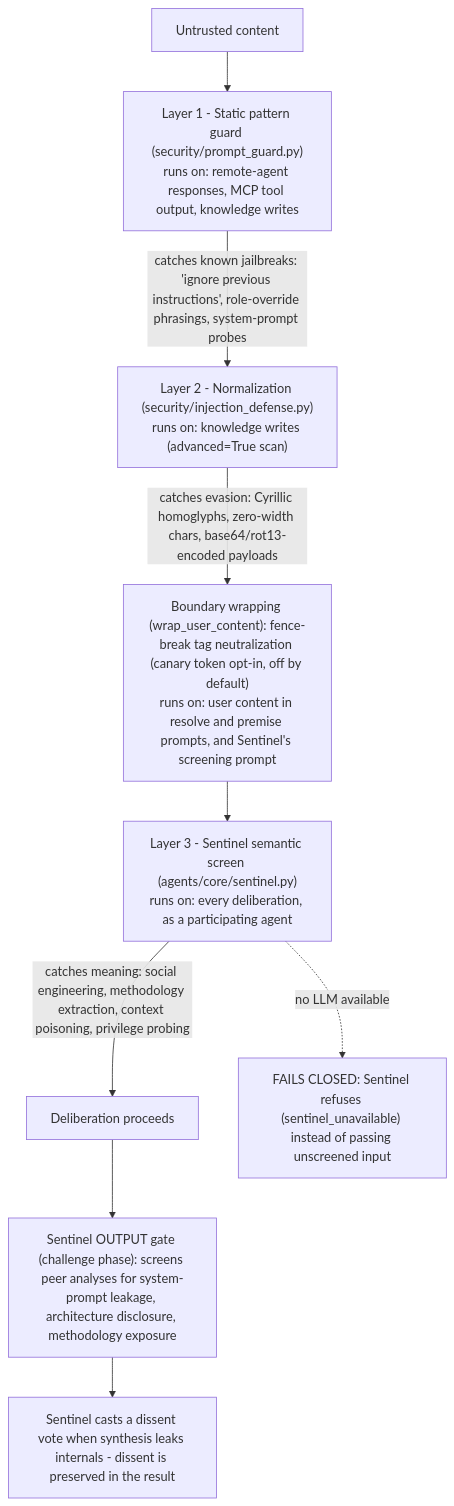
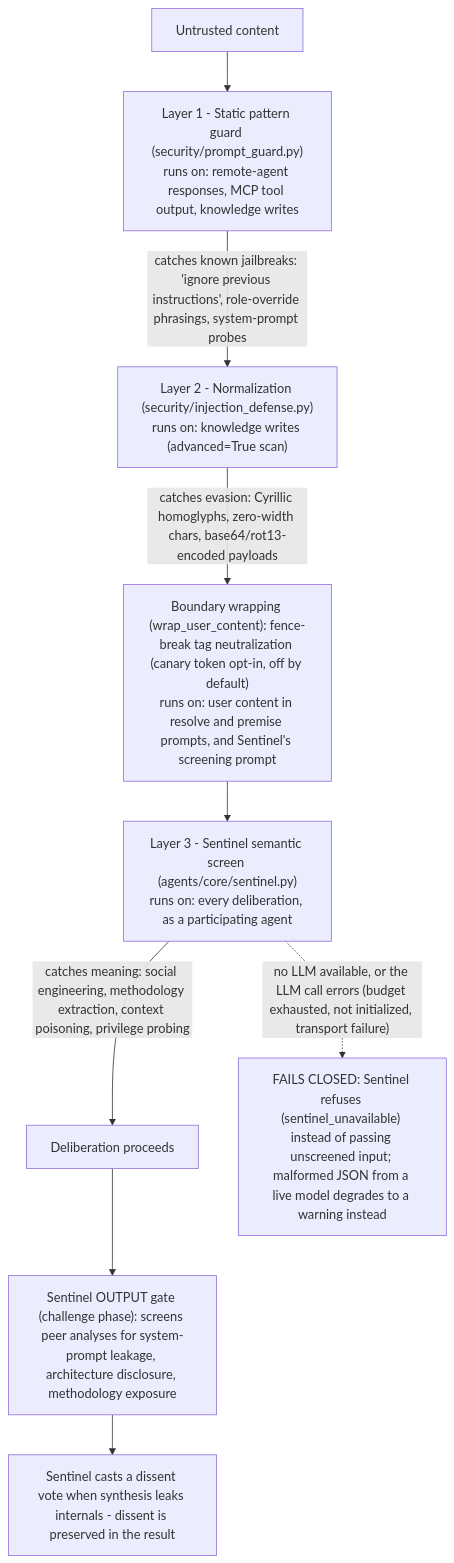
The second of 3 diagrams in docs/SECURITY_MODEL.md (KangaKode/aiscaffold), drawn with Mermaid before and after one commit. The commit also changed other lines of this file and 1 other file, not shown here.

````diff
--- a/docs/SECURITY_MODEL.md
+++ b/docs/SECURITY_MODEL.md
@@ -33,11 +33,11 @@
 ```mermaid
 flowchart TD
     Input["Untrusted content"] --> L1["Layer 1 - Static pattern guard (security/prompt_guard.py)<br/>runs on: remote-agent responses, MCP tool output, knowledge writes"]
     L1 -->|"catches known jailbreaks: 'ignore previous instructions', role-override phrasings, system-prompt probes"| L2["Layer 2 - Normalization (security/injection_defense.py)<br/>runs on: knowledge writes (advanced=True scan)"]
     L2 -->|"catches evasion: Cyrillic homoglyphs, zero-width chars, base64/rot13-encoded payloads"| Wrap["Boundary wrapping (wrap_user_content): fence-break tag neutralization (canary token opt-in, off by default)<br/>runs on: user content in resolve and premise prompts, and Sentinel's screening prompt"]
     Wrap --> L3["Layer 3 - Sentinel semantic screen (agents/core/sentinel.py)<br/>runs on: every deliberation, as a participating agent"]
     L3 -->|"catches meaning: social engineering, methodology extraction, context poisoning, privilege probing"| Delib["Deliberation proceeds"]
-    L3 -.->|"no LLM available"| Closed["FAILS CLOSED: Sentinel refuses (sentinel_unavailable) instead of passing unscreened input"]
+    L3 -.->|"no LLM available, or the LLM call errors (budget exhausted, not initialized, transport failure)"| Closed["FAILS CLOSED: Sentinel refuses (sentinel_unavailable) instead of passing unscreened input; malformed JSON from a live model degrades to a warning instead"]
     Delib --> OutGate["Sentinel OUTPUT gate (challenge phase): screens peer analyses for system-prompt leakage, architecture disclosure, methodology exposure"]
     OutGate --> Vote["Sentinel casts a dissent vote when synthesis leaks internals - dissent is preserved in the result"]
 ```
````
